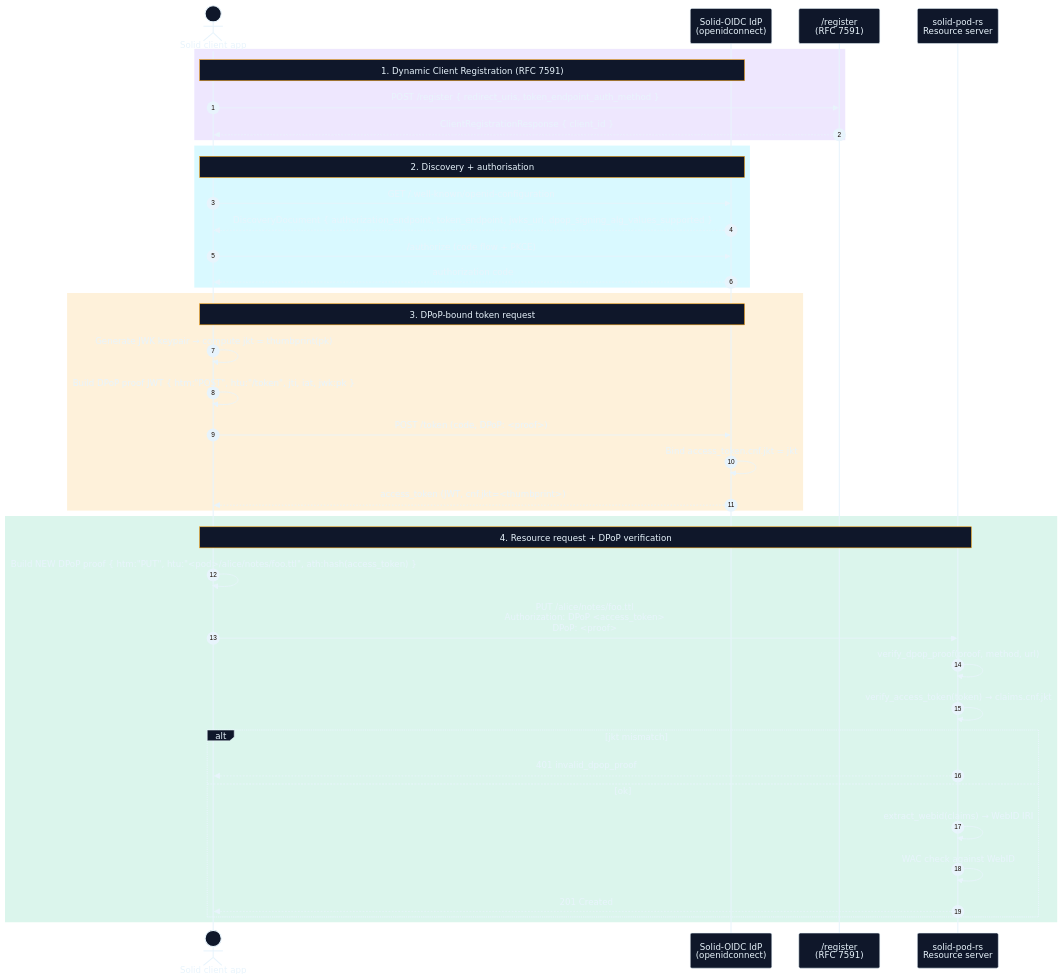
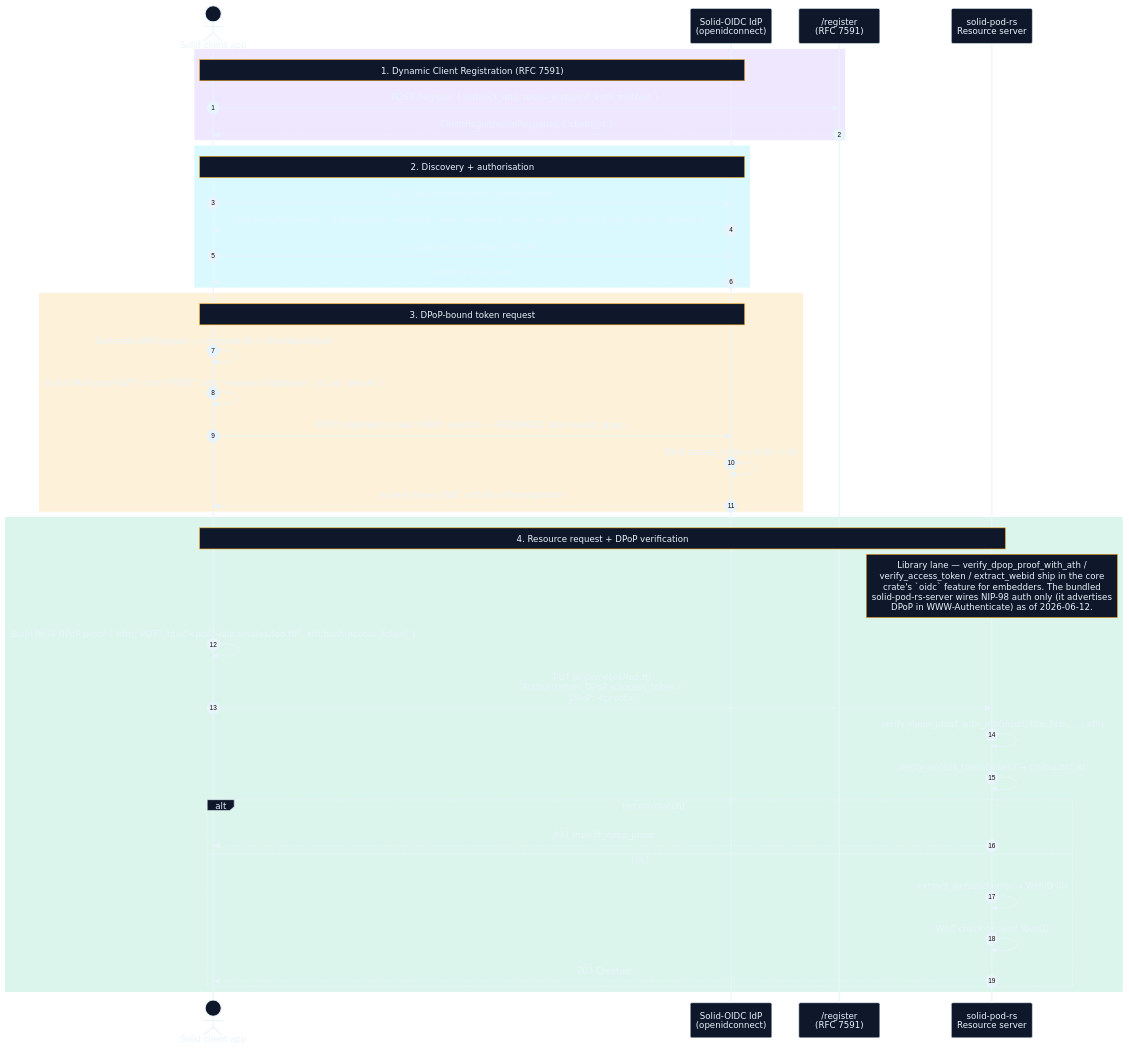
One commit to DreamLab-AI/solid-pod-rs changed the diagram in crates/solid-pod-rs/docs/diagrams/src/06-oidc-dpop.mmd. Above: the diagram before and after it, drawn with Mermaid. The commit also changed 12 other files, not shown here.

First line of the commit message:
docs(diagrams): verify mermaid diagrams against crate code; correct drifted claims

```diff
--- a/crates/solid-pod-rs/docs/diagrams/src/06-oidc-dpop.mmd
+++ b/crates/solid-pod-rs/docs/diagrams/src/06-oidc-dpop.mmd
@@ -1,53 +1,54 @@
 %%{init: {'theme':'base','themeVariables':{
   'primaryColor':'#0f172a','primaryTextColor':'#E8F4FC','primaryBorderColor':'#E8F4FC',
   'lineColor':'#E8F4FC','background':'transparent','mainBkg':'#0f172a',
   'actorBkg':'#0f172a','actorTextColor':'#E8F4FC','actorBorder':'#E8F4FC',
   'signalColor':'#E8F4FC','signalTextColor':'#E8F4FC',
   'labelBoxBkgColor':'#0f172a','labelBoxBorderColor':'#E8F4FC','labelTextColor':'#E8F4FC',
   'noteBkgColor':'#0f172a','noteTextColor':'#E8F4FC','noteBorderColor':'#F59E0B',
   'fontFamily':'ui-sans-serif, system-ui, sans-serif'
 }}}%%
 sequenceDiagram
   autonumber
   actor App as Solid client app
   participant IDP as Solid-OIDC IdP<br/>(openidconnect)
   participant Reg as /register<br/>(RFC 7591)
   participant Pod as solid-pod-rs<br/>Resource server
 
   rect rgba(139,92,246,0.15)
     Note over App,IDP: 1. Dynamic Client Registration (RFC 7591)
     App->>Reg: POST /register { redirect_uris, token_endpoint_auth_method }
     Reg-->>App: ClientRegistrationResponse { client_id }
   end
 
   rect rgba(0,212,255,0.15)
     Note over App,IDP: 2. Discovery + authorisation
     App->>IDP: GET /.well-known/openid-configuration
     IDP-->>App: DiscoveryDocument { authorization_endpoint, token_endpoint, jwks_uri, dpop_signing_alg_values_supported }
     App->>IDP: /authorize (code flow + PKCE)
     IDP-->>App: authorization code
   end
 
   rect rgba(245,158,11,0.15)
     Note over App,IDP: 3. DPoP-bound token request
     App->>App: Generate JWK keypair → compute jkt = thumbprint(pk)
-    App->>App: Build DPoP proof JWT { htm:"POST", htu:"/token", jti, iat, jwk:pk }
-    App->>IDP: POST /token (code, DPoP: <proof>)
+    App->>App: Build DPoP proof JWT { htm:"POST", htu:"<issuer>/idp/token", jti, iat, jwk:pk }
+    App->>IDP: POST /idp/token (code, DPoP: <proof> — REQUIRED, else invalid_dpop)
     IDP->>IDP: Bind access_token.cnf.jkt = jkt
     IDP-->>App: access_token (JWT, cnf.jkt=<thumbprint>)
   end
 
   rect rgba(16,185,129,0.15)
     Note over App,Pod: 4. Resource request + DPoP verification
+    Note over Pod: Library lane — verify_dpop_proof_with_ath /<br/>verify_access_token / extract_webid ship in the core<br/>crate's `oidc` feature for embedders. The bundled<br/>solid-pod-rs-server wires NIP-98 auth only (it advertises<br/>DPoP in WWW-Authenticate) as of 2026-06-12.
     App->>App: Build NEW DPoP proof { htm:"PUT", htu:"<pod>/alice/notes/foo.ttl", ath:hash(access_token) }
     App->>Pod: PUT /alice/notes/foo.ttl<br/>Authorization: DPoP <access_token><br/>DPoP: <proof>
-    Pod->>Pod: verify_dpop_proof(proof, method, url)
+    Pod->>Pod: verify_dpop_proof_with_ath(proof, htu, htm, …, ath)
     Pod->>Pod: verify_access_token(token) → claims.cnf.jkt
     alt jkt mismatch
       Pod-->>App: 401 invalid_dpop_proof
     else ok
       Pod->>Pod: extract_webid(claims) → WebID IRI
       Pod->>Pod: WAC check against WebID
       Pod-->>App: 201 Created
     end
   end
```
